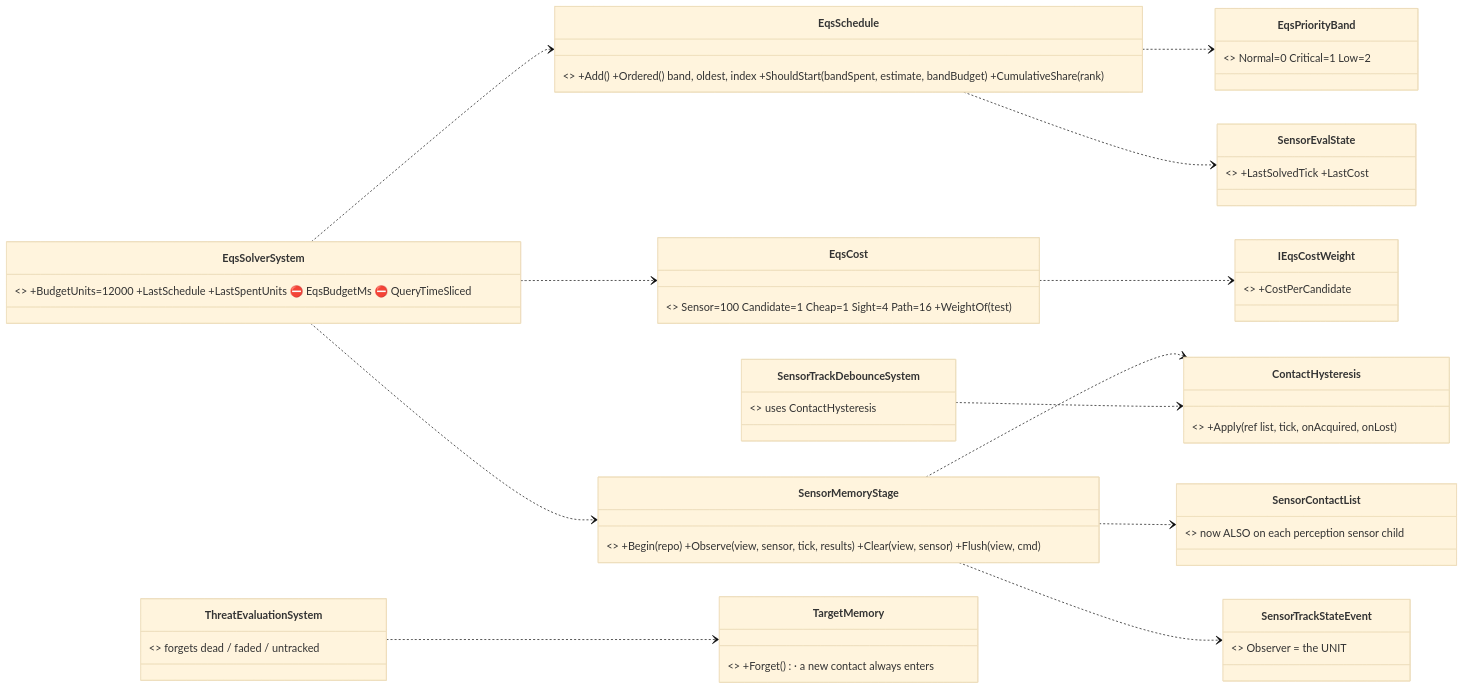
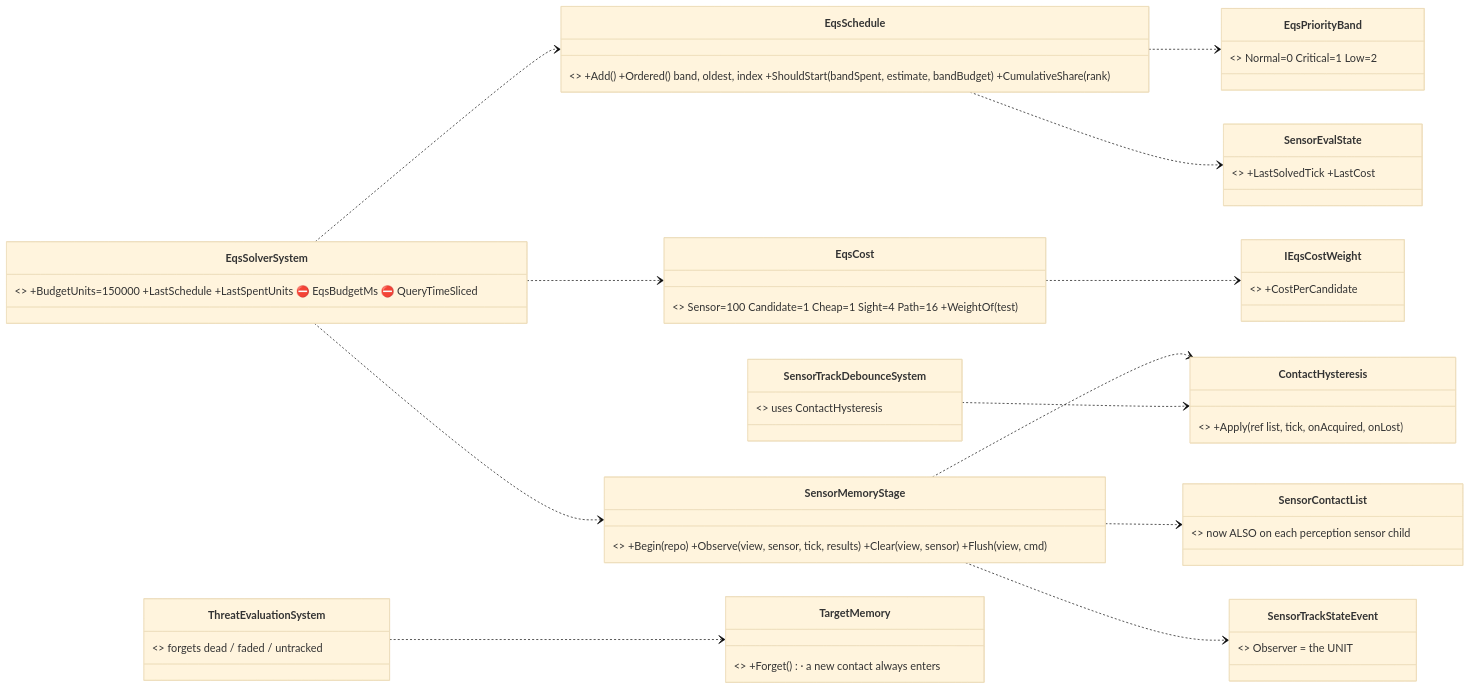
The fifth of 41 diagrams in docs/DESIGN_Sensors_And_Doctrine.md (pjanec/HROT), drawn with Mermaid (base theme) before and after one commit. The commit also changed 6 other files, not shown here.

````diff
--- a/docs/DESIGN_Sensors_And_Doctrine.md
+++ b/docs/DESIGN_Sensors_And_Doctrine.md
@@ -263,28 +263,28 @@
 ```mermaid
 classDiagram
   direction LR
-  class EqsSolverSystem { <<BUILT, reworked>> +BudgetUnits=12000 +LastSchedule +LastSpentUnits ⛔ EqsBudgetMs ⛔ QueryTimeSliced }
+  class EqsSolverSystem { <<BUILT, reworked>> +BudgetUnits=150000 +LastSchedule +LastSpentUnits ⛔ EqsBudgetMs ⛔ QueryTimeSliced }
   class EqsSchedule { <<BUILT>> +Add() +Ordered() band, oldest, index +ShouldStart(bandSpent, estimate, bandBudget) +CumulativeShare(rank) }
   class EqsCost { <<BUILT static>> Sensor=100 Candidate=1 Cheap=1 Sight=4 Path=16 +WeightOf(test) }
   class IEqsCostWeight { <<NEW interface, optional>> +CostPerCandidate }
   class EqsPriorityBand { <<NEW enum>> Normal=0 Critical=1 Low=2 }
   class SensorEvalState { <<existing, grows>> +LastSolvedTick +LastCost }
   class SensorMemoryStage { <<BUILT, in the solver>> +Begin(repo) +Observe(view, sensor, tick, results) +Clear(view, sensor) +Flush(view, cmd) }
   class ContactHysteresis { <<NEW static, ONE rule>> +Apply(ref list, tick, onAcquired, onLost) }
   class SensorContactList { <<existing>> now ALSO on each perception sensor child }
   class SensorTrackDebounceSystem { <<existing, S5 deletes>> uses ContactHysteresis }
   class SensorTrackStateEvent { <<existing>> Observer = the UNIT }
   class TargetMemory { <<existing>> +Forget() · a new contact always enters }
   class ThreatEvaluationSystem { <<existing, CGF>> forgets dead / faded / untracked }
   EqsSolverSystem ..> EqsSchedule
   EqsSolverSystem ..> EqsCost
   EqsCost ..> IEqsCostWeight
   EqsSchedule ..> EqsPriorityBand
   EqsSchedule ..> SensorEvalState
   EqsSolverSystem ..> SensorMemoryStage
   SensorMemoryStage ..> ContactHysteresis
   SensorTrackDebounceSystem ..> ContactHysteresis
   SensorMemoryStage ..> SensorContactList
   SensorMemoryStage ..> SensorTrackStateEvent
   ThreatEvaluationSystem ..> TargetMemory
 ```
````
